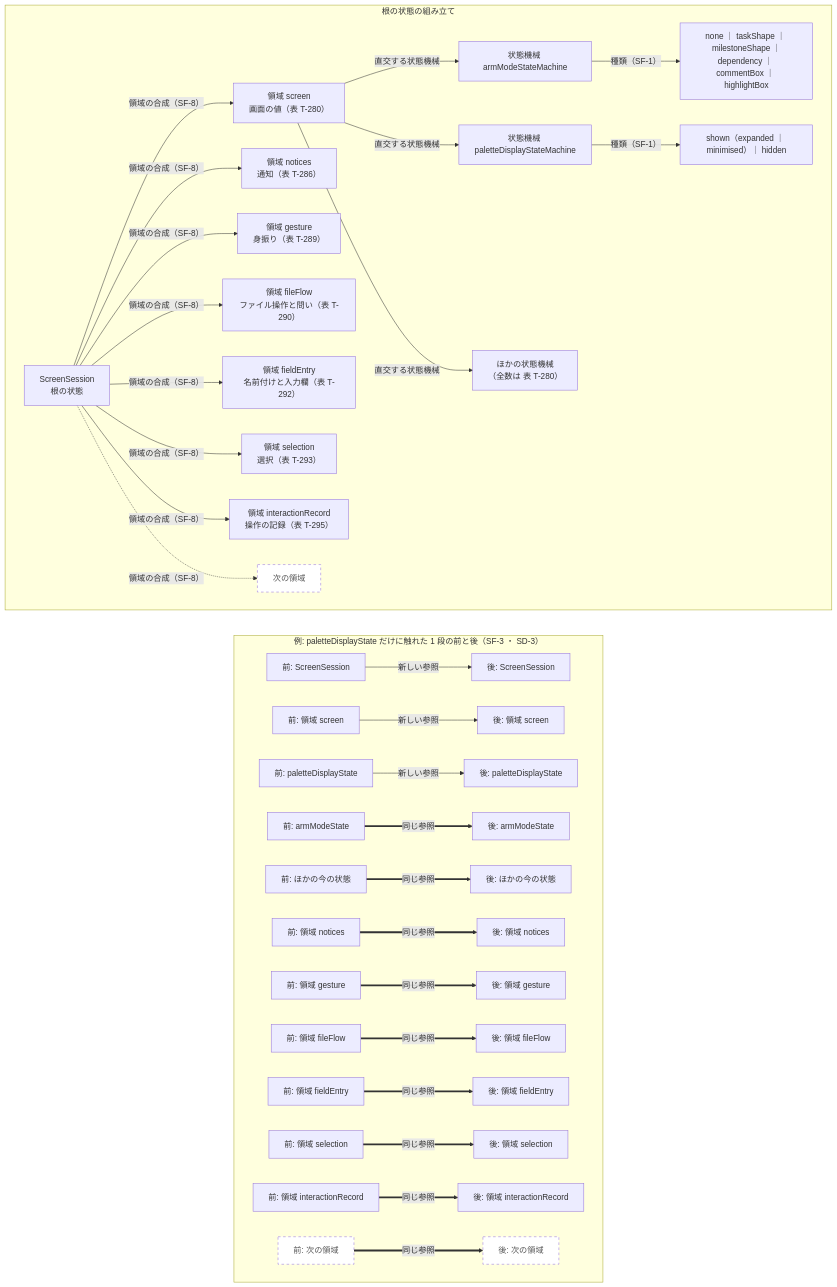
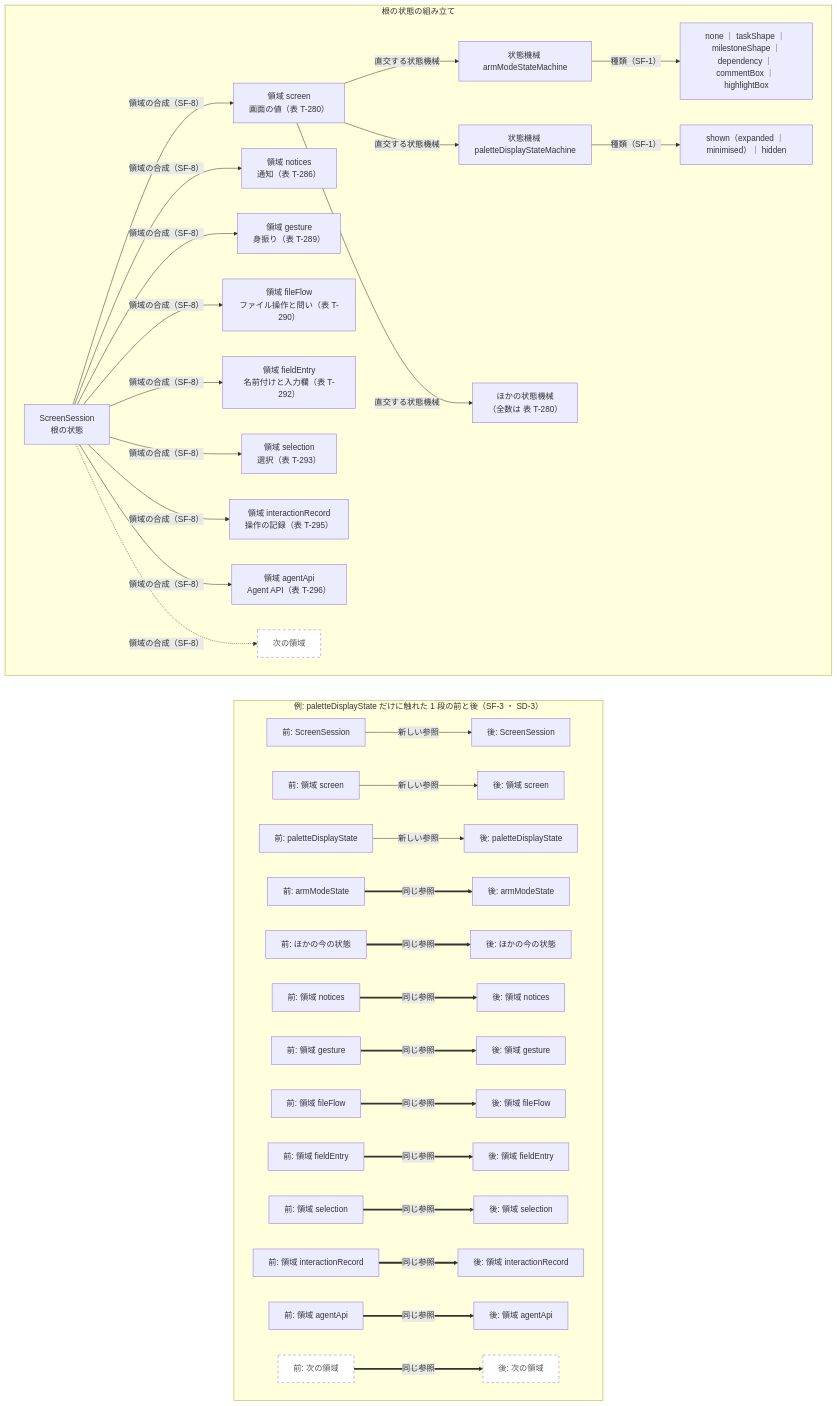
The fourth of 4 diagrams in docs/spec/05-07-design.md (GoodRelax/gr-scheduler), drawn with Mermaid before and after one commit. The commit also changed other lines of this file and 20 other files, not shown here.

````diff
--- a/docs/spec/05-07-design.md
+++ b/docs/spec/05-07-design.md
@@ -1095,51 +1097,54 @@
 ```mermaid
 flowchart TB
     subgraph Shape["根の状態の組み立て"]
         direction LR
         Root["ScreenSession<br>根の状態"]
         Screen["領域 screen<br>画面の値（表 T-280）"]
         Notices["領域 notices<br>通知（表 T-286）"]
         Gesture["領域 gesture<br>身振り（表 T-289）"]
         FileFlow["領域 fileFlow<br>ファイル操作と問い（表 T-290）"]
         FieldEntry["領域 fieldEntry<br>名前付けと入力欄（表 T-292）"]
         SelectionRegion["領域 selection<br>選択（表 T-293）"]
         RecordRegion["領域 interactionRecord<br>操作の記録（表 T-295）"]
+        AgentApiRegion["領域 agentApi<br>Agent API（表 T-296）"]
         Next["次の領域"]:::future
         Armed["状態機械 armModeStateMachine"]
         Palette["状態機械 paletteDisplayStateMachine"]
         Others["ほかの状態機械<br>（全数は 表 T-280）"]
         ArmedK["none ｜ taskShape ｜ milestoneShape ｜<br>dependency ｜ commentBox ｜ highlightBox"]
         PaletteK["shown（expanded ｜ minimised）｜ hidden"]
         Root -->|"領域の合成（SF-8）"| Screen
         Root -->|"領域の合成（SF-8）"| Notices
         Root -->|"領域の合成（SF-8）"| Gesture
         Root -->|"領域の合成（SF-8）"| FileFlow
         Root -->|"領域の合成（SF-8）"| FieldEntry
         Root -->|"領域の合成（SF-8）"| SelectionRegion
         Root -->|"領域の合成（SF-8）"| RecordRegion
+        Root -->|"領域の合成（SF-8）"| AgentApiRegion
         Root -.->|"領域の合成（SF-8）"| Next
         Screen -->|"直交する状態機械"| Armed
         Screen -->|"直交する状態機械"| Palette
         Screen -->|"直交する状態機械"| Others
         Armed -->|"種類（SF-1）"| ArmedK
         Palette -->|"種類（SF-1）"| PaletteK
     end
     subgraph Step["例: paletteDisplayState だけに触れた 1 段の前と後（SF-3 ・ SD-3）"]
         direction LR
         R0["前: ScreenSession"] -->|"新しい参照"| R1["後: ScreenSession"]
         S0["前: 領域 screen"] -->|"新しい参照"| S1["後: 領域 screen"]
         P0["前: paletteDisplayState"] -->|"新しい参照"| P1["後: paletteDisplayState"]
         A0["前: armModeState"] ==>|"同じ参照"| A1["後: armModeState"]
         O0["前: ほかの今の状態"] ==>|"同じ参照"| O1["後: ほかの今の状態"]
         M0["前: 領域 notices"] ==>|"同じ参照"| M1["後: 領域 notices"]
         G0["前: 領域 gesture"] ==>|"同じ参照"| G1["後: 領域 gesture"]
         F0["前: 領域 fileFlow"] ==>|"同じ参照"| F1["後: 領域 fileFlow"]
         E0["前: 領域 fieldEntry"] ==>|"同じ参照"| E1["後: 領域 fieldEntry"]
         L0["前: 領域 selection"] ==>|"同じ参照"| L1["後: 領域 selection"]
         K0["前: 領域 interactionRecord"] ==>|"同じ参照"| K1["後: 領域 interactionRecord"]
+        B0["前: 領域 agentApi"] ==>|"同じ参照"| B1["後: 領域 agentApi"]
         N0["前: 次の領域"]:::future ==>|"同じ参照"| N1["後: 次の領域"]:::future
     end
     Shape ~~~ Step
 
     classDef future stroke-dasharray: 5 5,fill:#fff,color:#555
 ```
````
